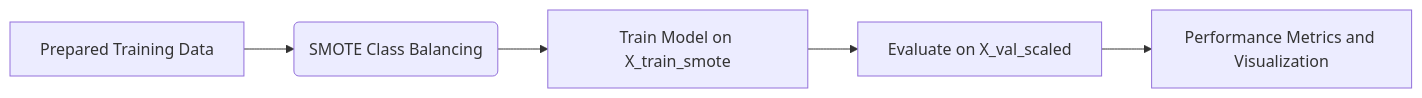
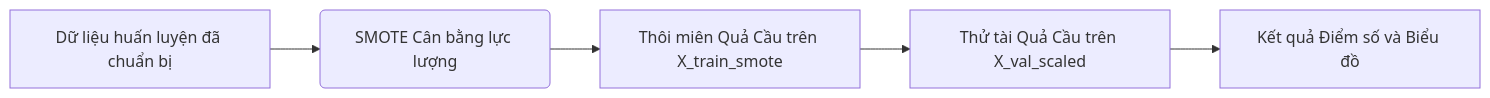
Before and after one commit to ShayNeeo/confess-crush: the third of 8 diagrams in question.md, drawn with Mermaid. The commit also changed other lines of this file, not shown here.

````diff
--- a/question.md
+++ b/question.md
@@ -152,7 +110,7 @@
-```mermaid
-graph LR
-    A[Prepared Training Data] --> B(SMOTE Class Balancing);
-    B --> C[Train Model on X_train_smote];
-    C --> D[Evaluate on X_val_scaled];
-    D --> E[Performance Metrics and Visualization];
-```
+    ```mermaid
+    graph LR
+        A[Dữ liệu huấn luyện đã chuẩn bị] --> B(SMOTE Cân bằng lực lượng);
+        B --> C[Thôi miên Quả Cầu trên X_train_smote];
+        C --> D[Thử tài Quả Cầu trên X_val_scaled];
+        D --> E[Kết quả Điểm số và Biểu đồ];
+    ```
````
